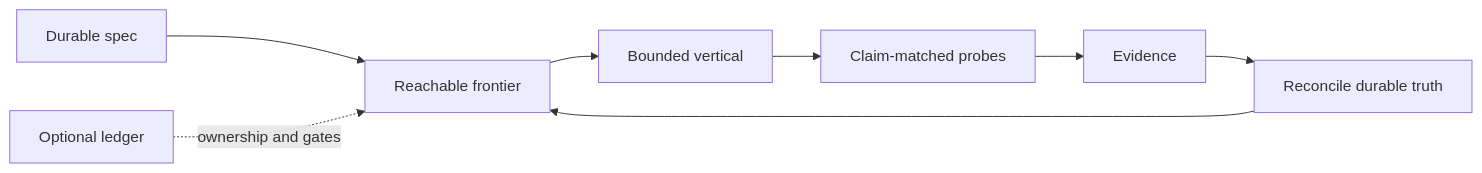
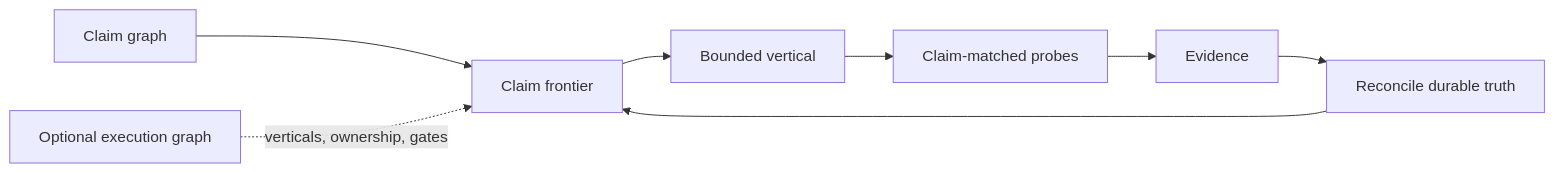
One commit to mj-deving/graph-climbing changed the diagram in README.md. Above: the diagram before and after it, drawn with Mermaid. The commit also changed other lines of this file and 2 other files, not shown here.

Commit message:
docs: seal Graph Climbing V2

````diff
--- a/README.md
+++ b/README.md
@@ -9,10 +9,10 @@
 ```mermaid
 flowchart LR
-  S[Durable spec] --> F[Reachable frontier]
+  S[Claim graph] --> F[Claim frontier]
   F --> V[Bounded vertical]
   V --> P[Claim-matched probes]
   P --> E[Evidence]
   E --> R[Reconcile durable truth]
   R --> F
-  G[Optional ledger] -. ownership and gates .-> F
+  G[Optional execution graph] -. verticals, ownership, gates .-> F
 ```
````
